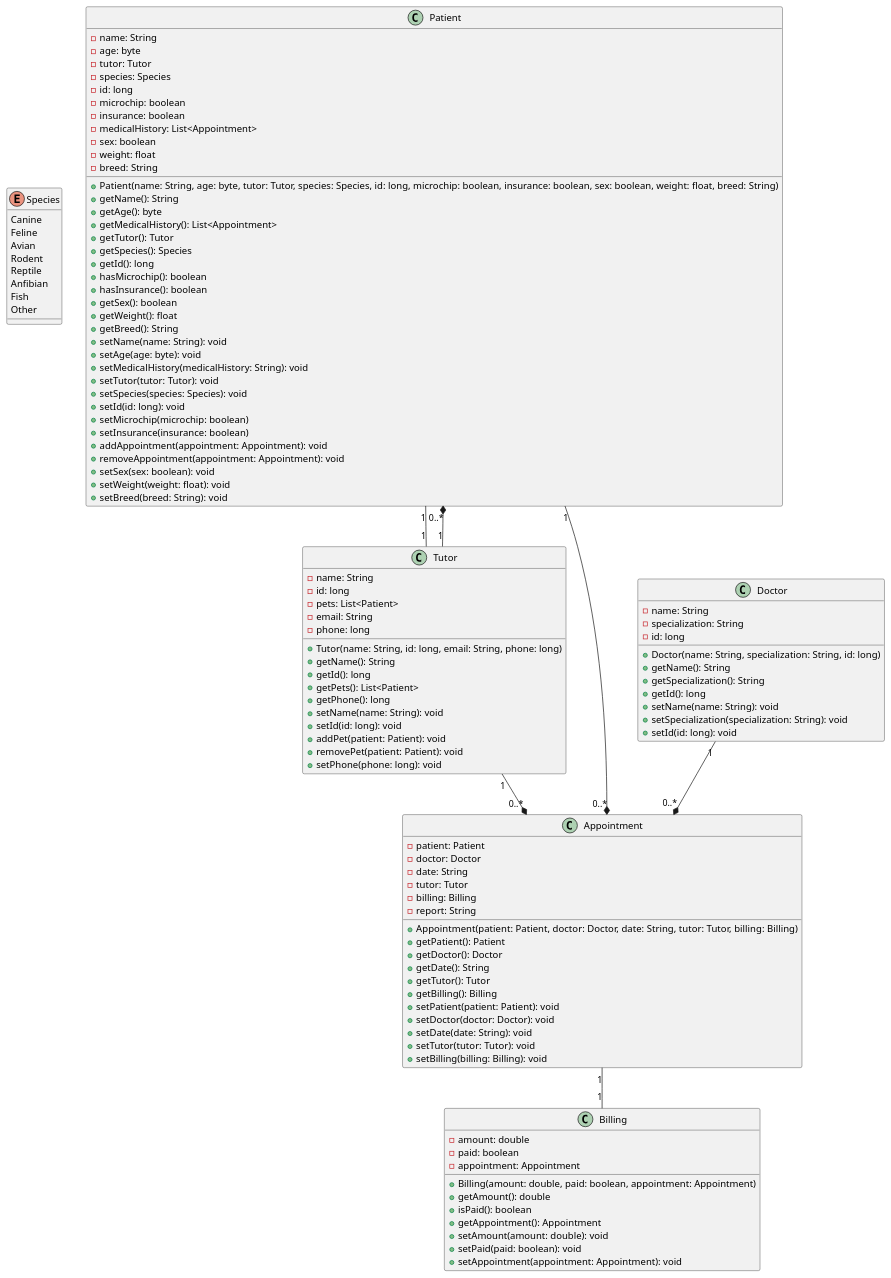
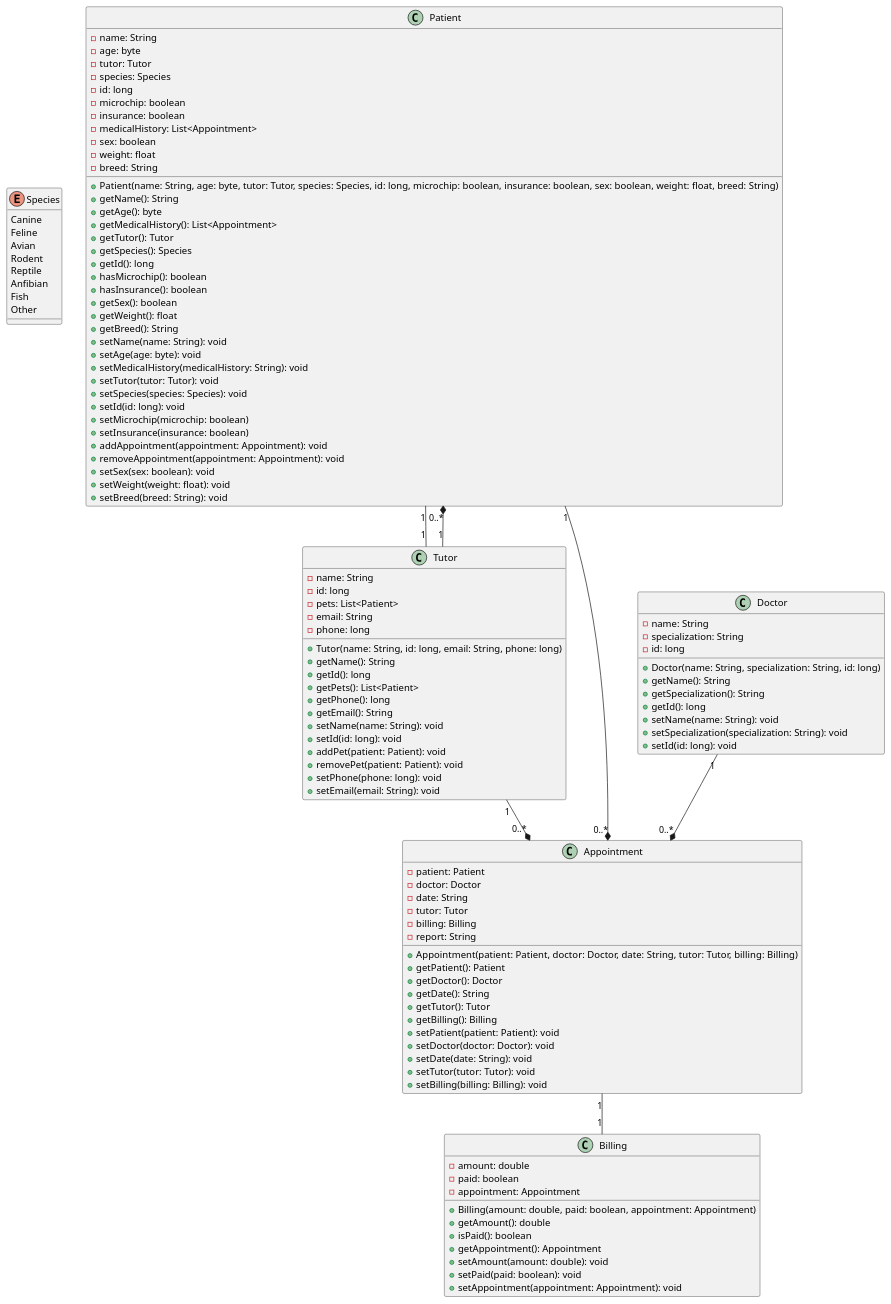
Before and after one commit to lfvperes/vhms: the diagram in docs/vhms.puml, drawn with PlantUML. The commit also changed 1 other file, not shown here.

Commit message:
feat: :sparkles: adding Tutor class and updating class diagram
the plantuml file didn't include the getter and setter for the email attribute from this class

```diff
--- a/docs/vhms.puml
+++ b/docs/vhms.puml
@@ -1,122 +1,124 @@
 @startuml
 enum Species {
   Canine
   Feline
   Avian
   Rodent
   Reptile
   Anfibian
   Fish
   Other
 }
 
 class Patient {
   - name: String
   - age: byte
   - tutor: Tutor
   - species: Species
   - id: long
   - microchip: boolean
   - insurance: boolean
   - medicalHistory: List<Appointment>
   - sex: boolean
   - weight: float
   - breed: String
   + Patient(name: String, age: byte, tutor: Tutor, species: Species, id: long, microchip: boolean, insurance: boolean, sex: boolean, weight: float, breed: String)
   + getName(): String
   + getAge(): byte
   + getMedicalHistory(): List<Appointment>
   + getTutor(): Tutor
   + getSpecies(): Species
   + getId(): long
   + hasMicrochip(): boolean
   + hasInsurance(): boolean
   + getSex(): boolean
   + getWeight(): float
   + getBreed(): String
   + setName(name: String): void
   + setAge(age: byte): void
   + setMedicalHistory(medicalHistory: String): void
   + setTutor(tutor: Tutor): void
   + setSpecies(species: Species): void
   + setId(id: long): void
   + setMicrochip(microchip: boolean)
   + setInsurance(insurance: boolean)
   + addAppointment(appointment: Appointment): void
   + removeAppointment(appointment: Appointment): void
   + setSex(sex: boolean): void
   + setWeight(weight: float): void
   + setBreed(breed: String): void
 }
 
 class Tutor {
   - name: String
   - id: long
   - pets: List<Patient>
   - email: String
   - phone: long
   + Tutor(name: String, id: long, email: String, phone: long)
   + getName(): String
   + getId(): long
   + getPets(): List<Patient>
   + getPhone(): long
+  + getEmail(): String
   + setName(name: String): void
   + setId(id: long): void
   + addPet(patient: Patient): void
   + removePet(patient: Patient): void
   + setPhone(phone: long): void
+  + setEmail(email: String): void
 }
 
 class Doctor {
   - name: String
   - specialization: String
   - id: long
   + Doctor(name: String, specialization: String, id: long)
   + getName(): String
   + getSpecialization(): String
   + getId(): long
   + setName(name: String): void
   + setSpecialization(specialization: String): void
   + setId(id: long): void
 }
 
 class Appointment {
   - patient: Patient
   - doctor: Doctor
   - date: String
   - tutor: Tutor
   - billing: Billing
   - report: String
   + Appointment(patient: Patient, doctor: Doctor, date: String, tutor: Tutor, billing: Billing)
   + getPatient(): Patient
   + getDoctor(): Doctor
   + getDate(): String
   + getTutor(): Tutor
   + getBilling(): Billing
   + setPatient(patient: Patient): void
   + setDoctor(doctor: Doctor): void
   + setDate(date: String): void
   + setTutor(tutor: Tutor): void
   + setBilling(billing: Billing): void
 }
 
 class Billing {
   - amount: double
   - paid: boolean
   - appointment: Appointment
   + Billing(amount: double, paid: boolean, appointment: Appointment)
   + getAmount(): double
   + isPaid(): boolean
   + getAppointment(): Appointment
   + setAmount(amount: double): void
   + setPaid(paid: boolean): void
   + setAppointment(appointment: Appointment): void
 }
 
 Patient "1" -- "1" Tutor
 Tutor "1" --* "0..*" Patient
 Patient "1" --* "0..*" Appointment
 Doctor "1" --* "0..*" Appointment
 Tutor "1" --* "0..*" Appointment
 Appointment "1" -- "1" Billing
 @enduml
```
